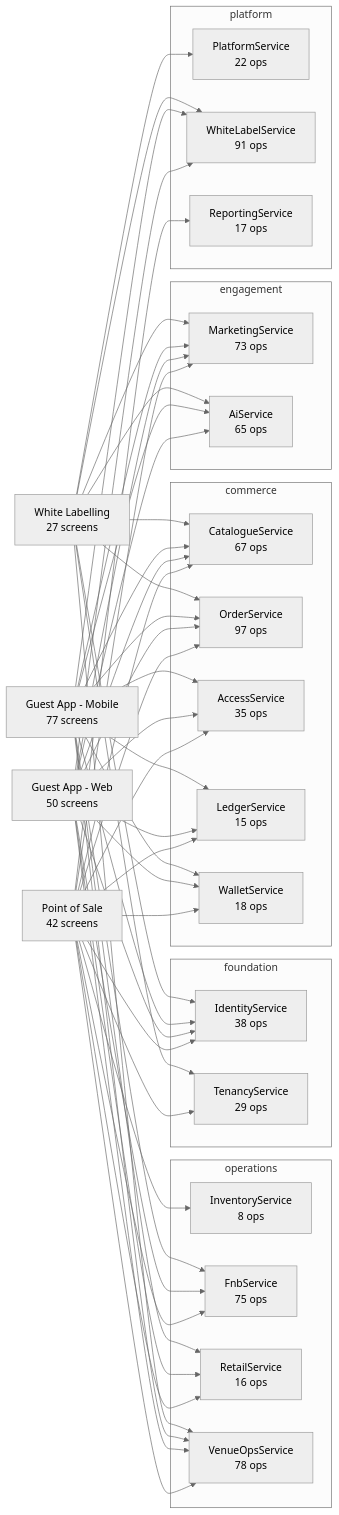
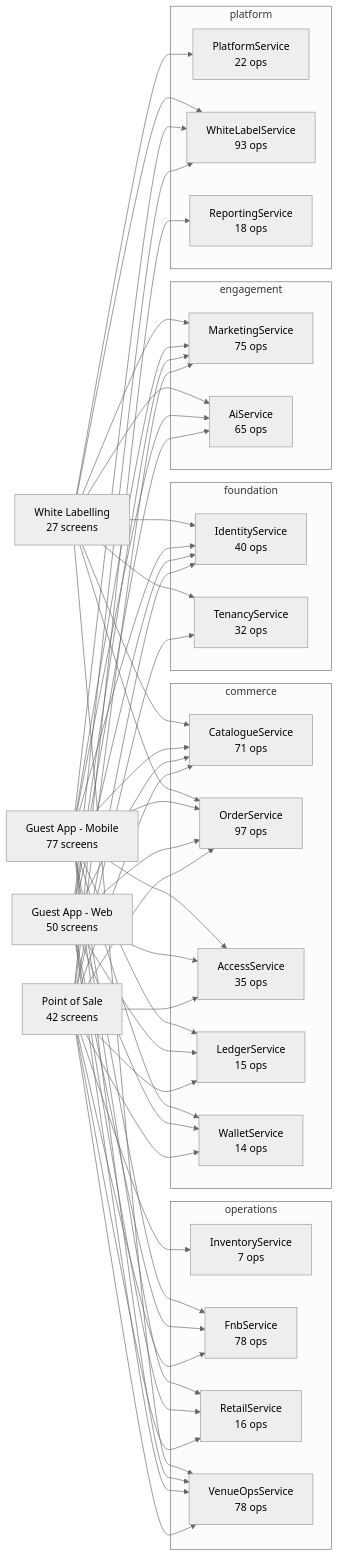
One commit to Diretide298/Solution_Architecture changed the diagram in ticvai/repos/ticvai-ai/project-bible/handoff/service-docs/README.md. Above: the diagram before and after it, drawn with Mermaid (neutral theme). The commit also changed other lines of this file and 5323 other files, not shown here.

````diff
--- a/ticvai/repos/ticvai-ai/project-bible/handoff/service-docs/README.md
+++ b/ticvai/repos/ticvai-ai/project-bible/handoff/service-docs/README.md
@@ -9,79 +9,79 @@
 ```mermaid
 flowchart LR
   POS["Point of Sale<br/>42 screens"]
   WEB["Guest App - Web<br/>50 screens"]
   MOB["Guest App - Mobile<br/>77 screens"]
   WL["White Labelling<br/>27 screens"]
   subgraph foundation
-    IdentityService["IdentityService<br/>38 ops"]
-    TenancyService["TenancyService<br/>29 ops"]
+    IdentityService["IdentityService<br/>40 ops"]
+    TenancyService["TenancyService<br/>32 ops"]
   end
   subgraph commerce
-    CatalogueService["CatalogueService<br/>67 ops"]
+    CatalogueService["CatalogueService<br/>71 ops"]
     OrderService["OrderService<br/>97 ops"]
     AccessService["AccessService<br/>35 ops"]
     LedgerService["LedgerService<br/>15 ops"]
-    WalletService["WalletService<br/>18 ops"]
+    WalletService["WalletService<br/>14 ops"]
   end
   subgraph operations
-    InventoryService["InventoryService<br/>8 ops"]
-    FnbService["FnbService<br/>75 ops"]
+    InventoryService["InventoryService<br/>7 ops"]
+    FnbService["FnbService<br/>78 ops"]
     RetailService["RetailService<br/>16 ops"]
     VenueOpsService["VenueOpsService<br/>78 ops"]
   end
   subgraph engagement
-    MarketingService["MarketingService<br/>73 ops"]
+    MarketingService["MarketingService<br/>75 ops"]
     AiService["AiService<br/>65 ops"]
   end
   subgraph platform
     PlatformService["PlatformService<br/>22 ops"]
-    WhiteLabelService["WhiteLabelService<br/>91 ops"]
-    ReportingService["ReportingService<br/>17 ops"]
+    WhiteLabelService["WhiteLabelService<br/>93 ops"]
+    ReportingService["ReportingService<br/>18 ops"]
   end
   POS --> OrderService
   WEB --> OrderService
   MOB --> OrderService
   WL --> OrderService
+  POS --> FnbService
+  WEB --> FnbService
+  MOB --> FnbService
   POS --> CatalogueService
   WEB --> CatalogueService
   MOB --> CatalogueService
   WL --> CatalogueService
   POS --> AccessService
   WEB --> AccessService
   MOB --> AccessService
   WL --> PlatformService
   POS --> MarketingService
   WEB --> MarketingService
   MOB --> MarketingService
   WL --> MarketingService
   POS --> VenueOpsService
   WEB --> VenueOpsService
   MOB --> VenueOpsService
   WL --> VenueOpsService
   POS --> TenancyService
   WL --> TenancyService
   POS --> ReportingService
-  POS --> FnbService
-  WEB --> FnbService
-  MOB --> FnbService
   WEB --> WhiteLabelService
   MOB --> WhiteLabelService
   WL --> WhiteLabelService
   POS --> InventoryService
-  POS --> WalletService
-  WEB --> WalletService
-  MOB --> WalletService
   POS --> IdentityService
   WEB --> IdentityService
   MOB --> IdentityService
   WL --> IdentityService
   POS --> RetailService
   WEB --> RetailService
   MOB --> RetailService
   WEB --> AiService
   MOB --> AiService
   WL --> AiService
   POS --> LedgerService
   WEB --> LedgerService
   MOB --> LedgerService
+  POS --> WalletService
+  WEB --> WalletService
+  MOB --> WalletService
 ```
````
